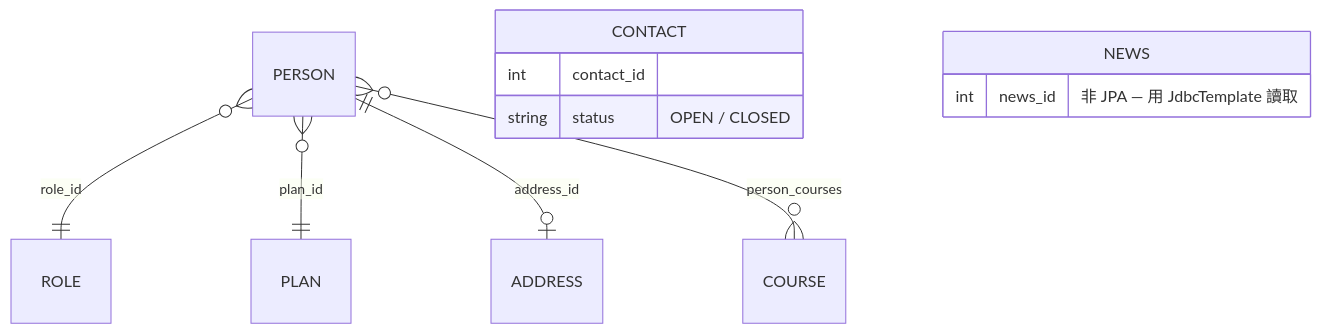
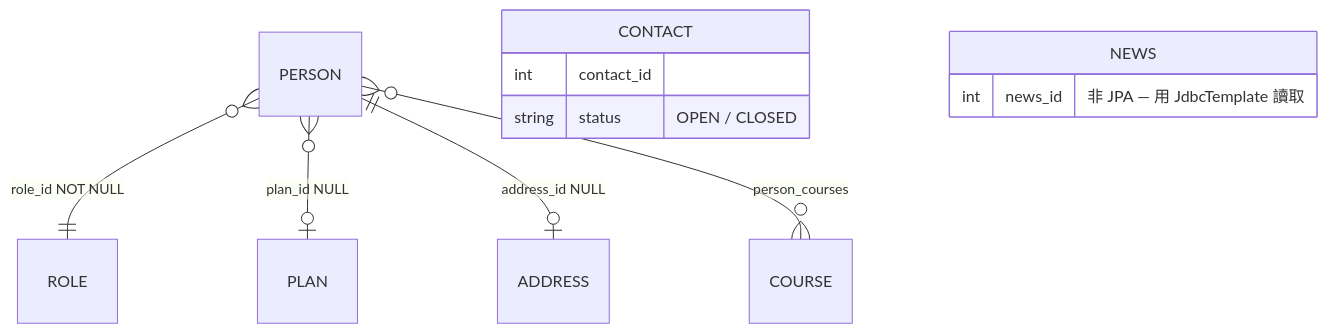
The third of 3 diagrams in README.md (tonysk0210/springboot-webapp), drawn with Mermaid before and after one commit. The commit also changed other lines of this file, not shown here.

````diff
--- a/README.md
+++ b/README.md
@@ -251,14 +239,14 @@
 ```mermaid
 erDiagram
-    PERSON }o--|| ROLE : "role_id"
-    PERSON }o--|| PLAN : "plan_id"
-    PERSON ||--o| ADDRESS : "address_id"
-    PERSON }o--o{ COURSE : "person_courses"
+    PERSON }o--|| ROLE    : "role_id NOT NULL"
+    PERSON }o--o| PLAN    : "plan_id NULL"
+    PERSON ||--o| ADDRESS : "address_id NULL"
+    PERSON }o--o{ COURSE  : "person_courses"
     CONTACT {
         int contact_id
         string status "OPEN / CLOSED"
     }
     NEWS {
         int news_id "非 JPA — 用 JdbcTemplate 讀取"
     }
 ```
````
